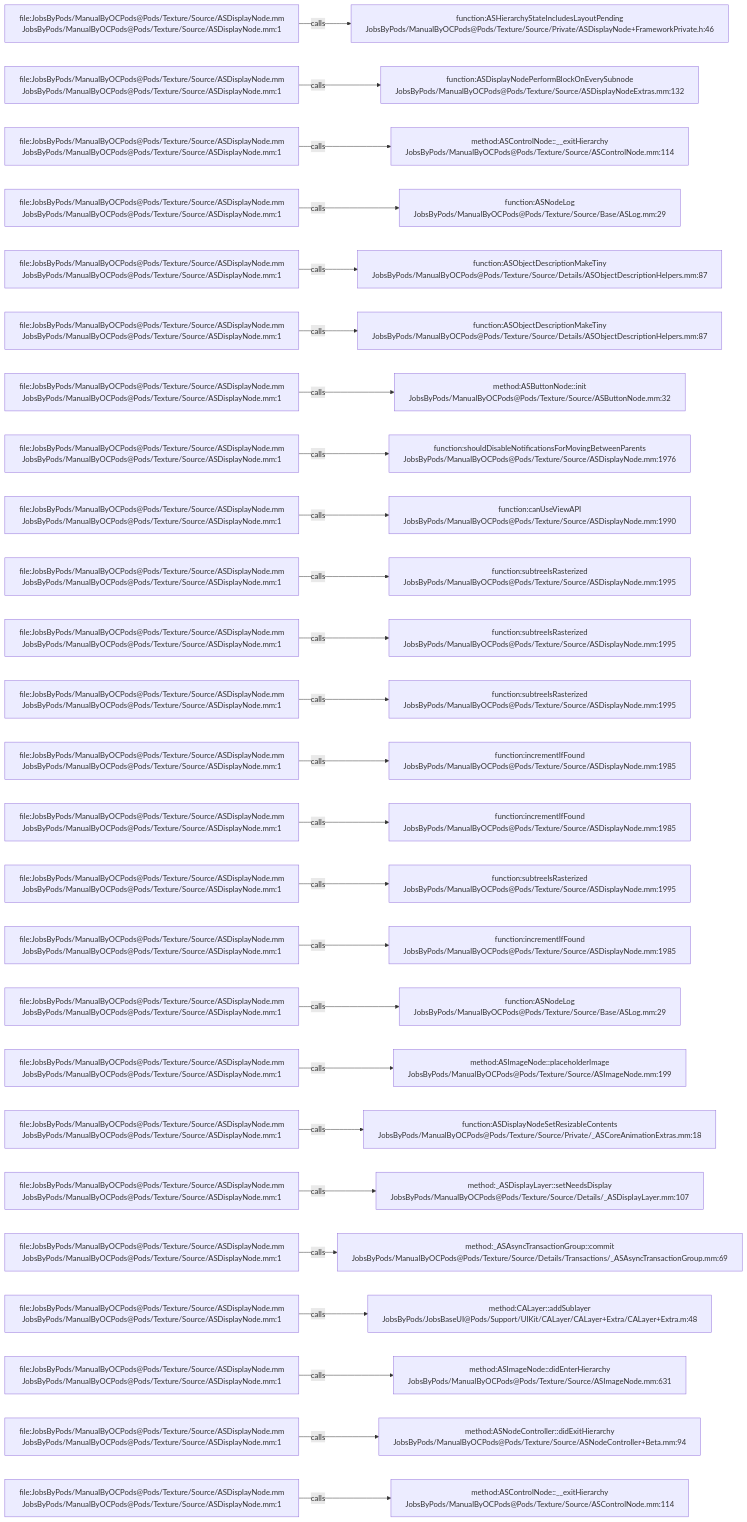
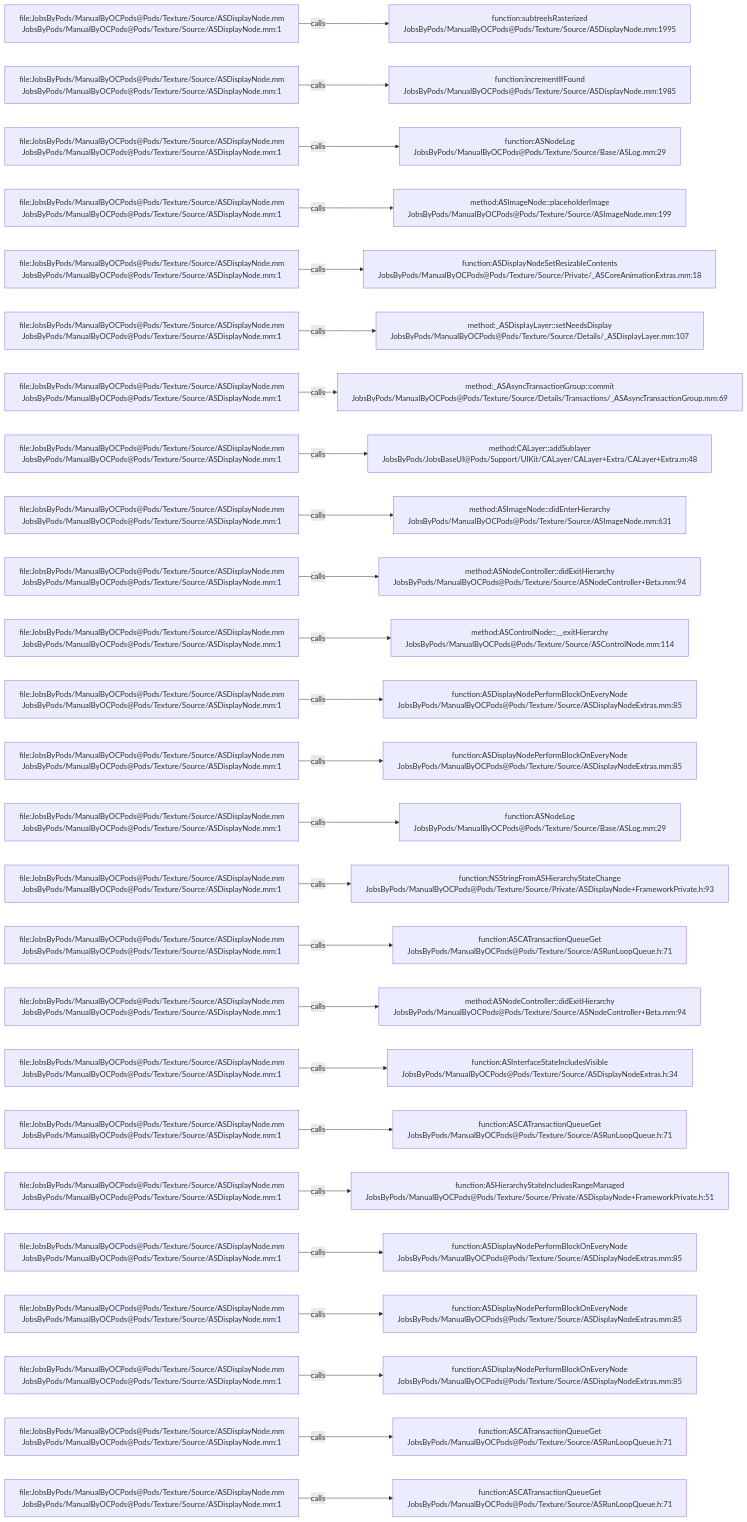
Before and after one commit to JobsKits/JobsOCBaseConfigDemo: the diagram in .codegraph/codegraph.md/graphs/calls-103.md, drawn with Mermaid. The commit also changed 296 other files, not shown here.

````diff
--- a/.codegraph/codegraph.md/graphs/calls-103.md
+++ b/.codegraph/codegraph.md/graphs/calls-103.md
@@ -13,78 +13,78 @@
 ```mermaid
 flowchart LR
   S1["file:JobsByPods/ManualByOCPods@Pods/Texture/Source/ASDisplayNode.mm<br/>JobsByPods/ManualByOCPods@Pods/Texture/Source/ASDisplayNode.mm:1"]
-  T1["function:ASHierarchyStateIncludesLayoutPending<br/>JobsByPods/ManualByOCPods@Pods/Texture/Source/Private/ASDisplayNode+FrameworkPrivate.h:46"]
+  T1["function:subtreeIsRasterized<br/>JobsByPods/ManualByOCPods@Pods/Texture/Source/ASDisplayNode.mm:1995"]
   S1 -->|calls| T1
   S2["file:JobsByPods/ManualByOCPods@Pods/Texture/Source/ASDisplayNode.mm<br/>JobsByPods/ManualByOCPods@Pods/Texture/Source/ASDisplayNode.mm:1"]
-  T2["function:ASDisplayNodePerformBlockOnEverySubnode<br/>JobsByPods/ManualByOCPods@Pods/Texture/Source/ASDisplayNodeExtras.mm:132"]
+  T2["function:incrementIfFound<br/>JobsByPods/ManualByOCPods@Pods/Texture/Source/ASDisplayNode.mm:1985"]
   S2 -->|calls| T2
   S3["file:JobsByPods/ManualByOCPods@Pods/Texture/Source/ASDisplayNode.mm<br/>JobsByPods/ManualByOCPods@Pods/Texture/Source/ASDisplayNode.mm:1"]
-  T3["method:ASControlNode::__exitHierarchy<br/>JobsByPods/ManualByOCPods@Pods/Texture/Source/ASControlNode.mm:114"]
+  T3["function:ASNodeLog<br/>JobsByPods/ManualByOCPods@Pods/Texture/Source/Base/ASLog.mm:29"]
   S3 -->|calls| T3
   S4["file:JobsByPods/ManualByOCPods@Pods/Texture/Source/ASDisplayNode.mm<br/>JobsByPods/ManualByOCPods@Pods/Texture/Source/ASDisplayNode.mm:1"]
-  T4["function:ASNodeLog<br/>JobsByPods/ManualByOCPods@Pods/Texture/Source/Base/ASLog.mm:29"]
+  T4["method:ASImageNode::placeholderImage<br/>JobsByPods/ManualByOCPods@Pods/Texture/Source/ASImageNode.mm:199"]
   S4 -->|calls| T4
   S5["file:JobsByPods/ManualByOCPods@Pods/Texture/Source/ASDisplayNode.mm<br/>JobsByPods/ManualByOCPods@Pods/Texture/Source/ASDisplayNode.mm:1"]
-  T5["function:ASObjectDescriptionMakeTiny<br/>JobsByPods/ManualByOCPods@Pods/Texture/Source/Details/ASObjectDescriptionHelpers.mm:87"]
+  T5["function:ASDisplayNodeSetResizableContents<br/>JobsByPods/ManualByOCPods@Pods/Texture/Source/Private/_ASCoreAnimationExtras.mm:18"]
   S5 -->|calls| T5
   S6["file:JobsByPods/ManualByOCPods@Pods/Texture/Source/ASDisplayNode.mm<br/>JobsByPods/ManualByOCPods@Pods/Texture/Source/ASDisplayNode.mm:1"]
-  T6["function:ASObjectDescriptionMakeTiny<br/>JobsByPods/ManualByOCPods@Pods/Texture/Source/Details/ASObjectDescriptionHelpers.mm:87"]
+  T6["method:_ASDisplayLayer::setNeedsDisplay<br/>JobsByPods/ManualByOCPods@Pods/Texture/Source/Details/_ASDisplayLayer.mm:107"]
   S6 -->|calls| T6
   S7["file:JobsByPods/ManualByOCPods@Pods/Texture/Source/ASDisplayNode.mm<br/>JobsByPods/ManualByOCPods@Pods/Texture/Source/ASDisplayNode.mm:1"]
-  T7["method:ASButtonNode::init<br/>JobsByPods/ManualByOCPods@Pods/Texture/Source/ASButtonNode.mm:32"]
+  T7["method:_ASAsyncTransactionGroup::commit<br/>JobsByPods/ManualByOCPods@Pods/Texture/Source/Details/Transactions/_ASAsyncTransactionGroup.mm:69"]
   S7 -->|calls| T7
   S8["file:JobsByPods/ManualByOCPods@Pods/Texture/Source/ASDisplayNode.mm<br/>JobsByPods/ManualByOCPods@Pods/Texture/Source/ASDisplayNode.mm:1"]
-  T8["function:shouldDisableNotificationsForMovingBetweenParents<br/>JobsByPods/ManualByOCPods@Pods/Texture/Source/ASDisplayNode.mm:1976"]
+  T8["method:CALayer::addSublayer<br/>JobsByPods/JobsBaseUI@Pods/Support/UIKit/CALayer/CALayer+Extra/CALayer+Extra.m:48"]
   S8 -->|calls| T8
   S9["file:JobsByPods/ManualByOCPods@Pods/Texture/Source/ASDisplayNode.mm<br/>JobsByPods/ManualByOCPods@Pods/Texture/Source/ASDisplayNode.mm:1"]
-  T9["function:canUseViewAPI<br/>JobsByPods/ManualByOCPods@Pods/Texture/Source/ASDisplayNode.mm:1990"]
+  T9["method:ASImageNode::didEnterHierarchy<br/>JobsByPods/ManualByOCPods@Pods/Texture/Source/ASImageNode.mm:631"]
   S9 -->|calls| T9
   S10["file:JobsByPods/ManualByOCPods@Pods/Texture/Source/ASDisplayNode.mm<br/>JobsByPods/ManualByOCPods@Pods/Texture/Source/ASDisplayNode.mm:1"]
-  T10["function:subtreeIsRasterized<br/>JobsByPods/ManualByOCPods@Pods/Texture/Source/ASDisplayNode.mm:1995"]
+  T10["method:ASNodeController::didExitHierarchy<br/>JobsByPods/ManualByOCPods@Pods/Texture/Source/ASNodeController+Beta.mm:94"]
   S10 -->|calls| T10
   S11["file:JobsByPods/ManualByOCPods@Pods/Texture/Source/ASDisplayNode.mm<br/>JobsByPods/ManualByOCPods@Pods/Texture/Source/ASDisplayNode.mm:1"]
-  T11["function:subtreeIsRasterized<br/>JobsByPods/ManualByOCPods@Pods/Texture/Source/ASDisplayNode.mm:1995"]
+  T11["method:ASControlNode::__exitHierarchy<br/>JobsByPods/ManualByOCPods@Pods/Texture/Source/ASControlNode.mm:114"]
   S11 -->|calls| T11
   S12["file:JobsByPods/ManualByOCPods@Pods/Texture/Source/ASDisplayNode.mm<br/>JobsByPods/ManualByOCPods@Pods/Texture/Source/ASDisplayNode.mm:1"]
-  T12["function:subtreeIsRasterized<br/>JobsByPods/ManualByOCPods@Pods/Texture/Source/ASDisplayNode.mm:1995"]
+  T12["function:ASDisplayNodePerformBlockOnEveryNode<br/>JobsByPods/ManualByOCPods@Pods/Texture/Source/ASDisplayNodeExtras.mm:85"]
   S12 -->|calls| T12
   S13["file:JobsByPods/ManualByOCPods@Pods/Texture/Source/ASDisplayNode.mm<br/>JobsByPods/ManualByOCPods@Pods/Texture/Source/ASDisplayNode.mm:1"]
-  T13["function:incrementIfFound<br/>JobsByPods/ManualByOCPods@Pods/Texture/Source/ASDisplayNode.mm:1985"]
+  T13["function:ASDisplayNodePerformBlockOnEveryNode<br/>JobsByPods/ManualByOCPods@Pods/Texture/Source/ASDisplayNodeExtras.mm:85"]
   S13 -->|calls| T13
   S14["file:JobsByPods/ManualByOCPods@Pods/Texture/Source/ASDisplayNode.mm<br/>JobsByPods/ManualByOCPods@Pods/Texture/Source/ASDisplayNode.mm:1"]
-  T14["function:incrementIfFound<br/>JobsByPods/ManualByOCPods@Pods/Texture/Source/ASDisplayNode.mm:1985"]
+  T14["function:ASNodeLog<br/>JobsByPods/ManualByOCPods@Pods/Texture/Source/Base/ASLog.mm:29"]
   S14 -->|calls| T14
   S15["file:JobsByPods/ManualByOCPods@Pods/Texture/Source/ASDisplayNode.mm<br/>JobsByPods/ManualByOCPods@Pods/Texture/Source/ASDisplayNode.mm:1"]
-  T15["function:subtreeIsRasterized<br/>JobsByPods/ManualByOCPods@Pods/Texture/Source/ASDisplayNode.mm:1995"]
+  T15["function:NSStringFromASHierarchyStateChange<br/>JobsByPods/ManualByOCPods@Pods/Texture/Source/Private/ASDisplayNode+FrameworkPrivate.h:93"]
   S15 -->|calls| T15
   S16["file:JobsByPods/ManualByOCPods@Pods/Texture/Source/ASDisplayNode.mm<br/>JobsByPods/ManualByOCPods@Pods/Texture/Source/ASDisplayNode.mm:1"]
-  T16["function:incrementIfFound<br/>JobsByPods/ManualByOCPods@Pods/Texture/Source/ASDisplayNode.mm:1985"]
+  T16["function:ASCATransactionQueueGet<br/>JobsByPods/ManualByOCPods@Pods/Texture/Source/ASRunLoopQueue.h:71"]
   S16 -->|calls| T16
   S17["file:JobsByPods/ManualByOCPods@Pods/Texture/Source/ASDisplayNode.mm<br/>JobsByPods/ManualByOCPods@Pods/Texture/Source/ASDisplayNode.mm:1"]
-  T17["function:ASNodeLog<br/>JobsByPods/ManualByOCPods@Pods/Texture/Source/Base/ASLog.mm:29"]
+  T17["method:ASNodeController::didExitHierarchy<br/>JobsByPods/ManualByOCPods@Pods/Texture/Source/ASNodeController+Beta.mm:94"]
   S17 -->|calls| T17
   S18["file:JobsByPods/ManualByOCPods@Pods/Texture/Source/ASDisplayNode.mm<br/>JobsByPods/ManualByOCPods@Pods/Texture/Source/ASDisplayNode.mm:1"]
-  T18["method:ASImageNode::placeholderImage<br/>JobsByPods/ManualByOCPods@Pods/Texture/Source/ASImageNode.mm:199"]
+  T18["function:ASInterfaceStateIncludesVisible<br/>JobsByPods/ManualByOCPods@Pods/Texture/Source/ASDisplayNodeExtras.h:34"]
   S18 -->|calls| T18
   S19["file:JobsByPods/ManualByOCPods@Pods/Texture/Source/ASDisplayNode.mm<br/>JobsByPods/ManualByOCPods@Pods/Texture/Source/ASDisplayNode.mm:1"]
-  T19["function:ASDisplayNodeSetResizableContents<br/>JobsByPods/ManualByOCPods@Pods/Texture/Source/Private/_ASCoreAnimationExtras.mm:18"]
+  T19["function:ASCATransactionQueueGet<br/>JobsByPods/ManualByOCPods@Pods/Texture/Source/ASRunLoopQueue.h:71"]
   S19 -->|calls| T19
   S20["file:JobsByPods/ManualByOCPods@Pods/Texture/Source/ASDisplayNode.mm<br/>JobsByPods/ManualByOCPods@Pods/Texture/Source/ASDisplayNode.mm:1"]
-  T20["method:_ASDisplayLayer::setNeedsDisplay<br/>JobsByPods/ManualByOCPods@Pods/Texture/Source/Details/_ASDisplayLayer.mm:107"]
+  T20["function:ASHierarchyStateIncludesRangeManaged<br/>JobsByPods/ManualByOCPods@Pods/Texture/Source/Private/ASDisplayNode+FrameworkPrivate.h:51"]
   S20 -->|calls| T20
   S21["file:JobsByPods/ManualByOCPods@Pods/Texture/Source/ASDisplayNode.mm<br/>JobsByPods/ManualByOCPods@Pods/Texture/Source/ASDisplayNode.mm:1"]
-  T21["method:_ASAsyncTransactionGroup::commit<br/>JobsByPods/ManualByOCPods@Pods/Texture/Source/Details/Transactions/_ASAsyncTransactionGroup.mm:69"]
+  T21["function:ASDisplayNodePerformBlockOnEveryNode<br/>JobsByPods/ManualByOCPods@Pods/Texture/Source/ASDisplayNodeExtras.mm:85"]
   S21 -->|calls| T21
   S22["file:JobsByPods/ManualByOCPods@Pods/Texture/Source/ASDisplayNode.mm<br/>JobsByPods/ManualByOCPods@Pods/Texture/Source/ASDisplayNode.mm:1"]
-  T22["method:CALayer::addSublayer<br/>JobsByPods/JobsBaseUI@Pods/Support/UIKit/CALayer/CALayer+Extra/CALayer+Extra.m:48"]
+  T22["function:ASDisplayNodePerformBlockOnEveryNode<br/>JobsByPods/ManualByOCPods@Pods/Texture/Source/ASDisplayNodeExtras.mm:85"]
   S22 -->|calls| T22
   S23["file:JobsByPods/ManualByOCPods@Pods/Texture/Source/ASDisplayNode.mm<br/>JobsByPods/ManualByOCPods@Pods/Texture/Source/ASDisplayNode.mm:1"]
-  T23["method:ASImageNode::didEnterHierarchy<br/>JobsByPods/ManualByOCPods@Pods/Texture/Source/ASImageNode.mm:631"]
+  T23["function:ASDisplayNodePerformBlockOnEveryNode<br/>JobsByPods/ManualByOCPods@Pods/Texture/Source/ASDisplayNodeExtras.mm:85"]
   S23 -->|calls| T23
   S24["file:JobsByPods/ManualByOCPods@Pods/Texture/Source/ASDisplayNode.mm<br/>JobsByPods/ManualByOCPods@Pods/Texture/Source/ASDisplayNode.mm:1"]
-  T24["method:ASNodeController::didExitHierarchy<br/>JobsByPods/ManualByOCPods@Pods/Texture/Source/ASNodeController+Beta.mm:94"]
+  T24["function:ASCATransactionQueueGet<br/>JobsByPods/ManualByOCPods@Pods/Texture/Source/ASRunLoopQueue.h:71"]
   S24 -->|calls| T24
   S25["file:JobsByPods/ManualByOCPods@Pods/Texture/Source/ASDisplayNode.mm<br/>JobsByPods/ManualByOCPods@Pods/Texture/Source/ASDisplayNode.mm:1"]
-  T25["method:ASControlNode::__exitHierarchy<br/>JobsByPods/ManualByOCPods@Pods/Texture/Source/ASControlNode.mm:114"]
+  T25["function:ASCATransactionQueueGet<br/>JobsByPods/ManualByOCPods@Pods/Texture/Source/ASRunLoopQueue.h:71"]
   S25 -->|calls| T25
 ```
````
